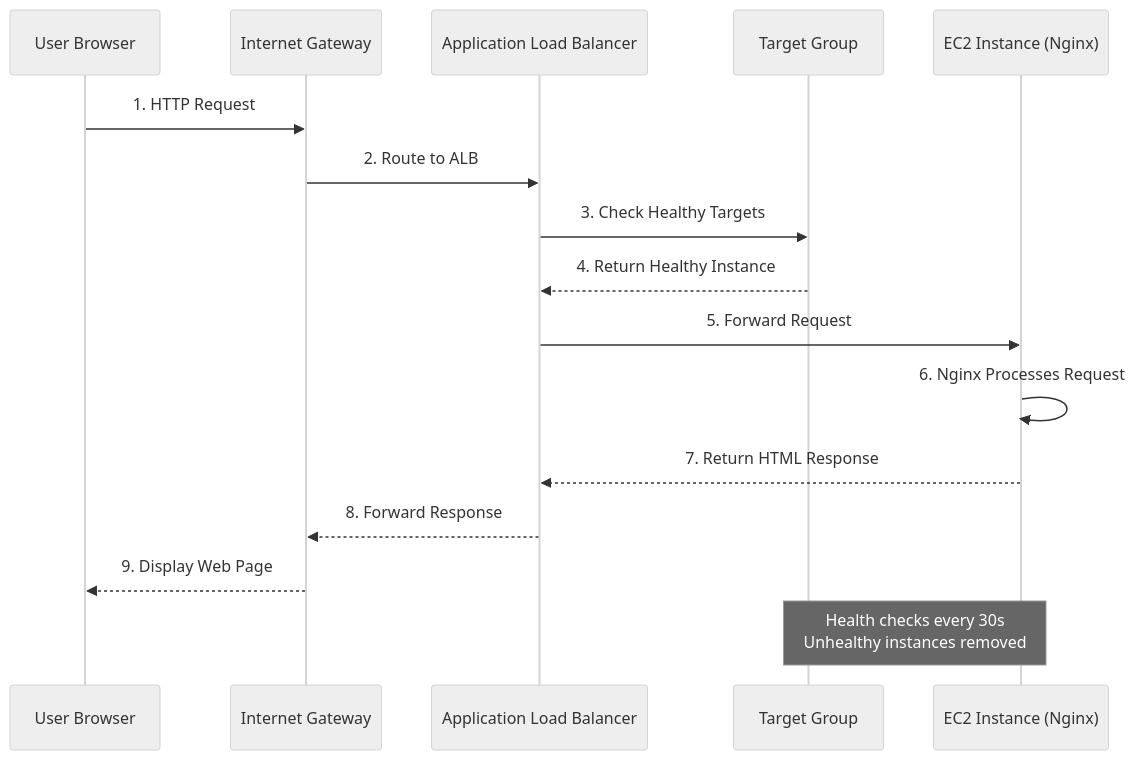
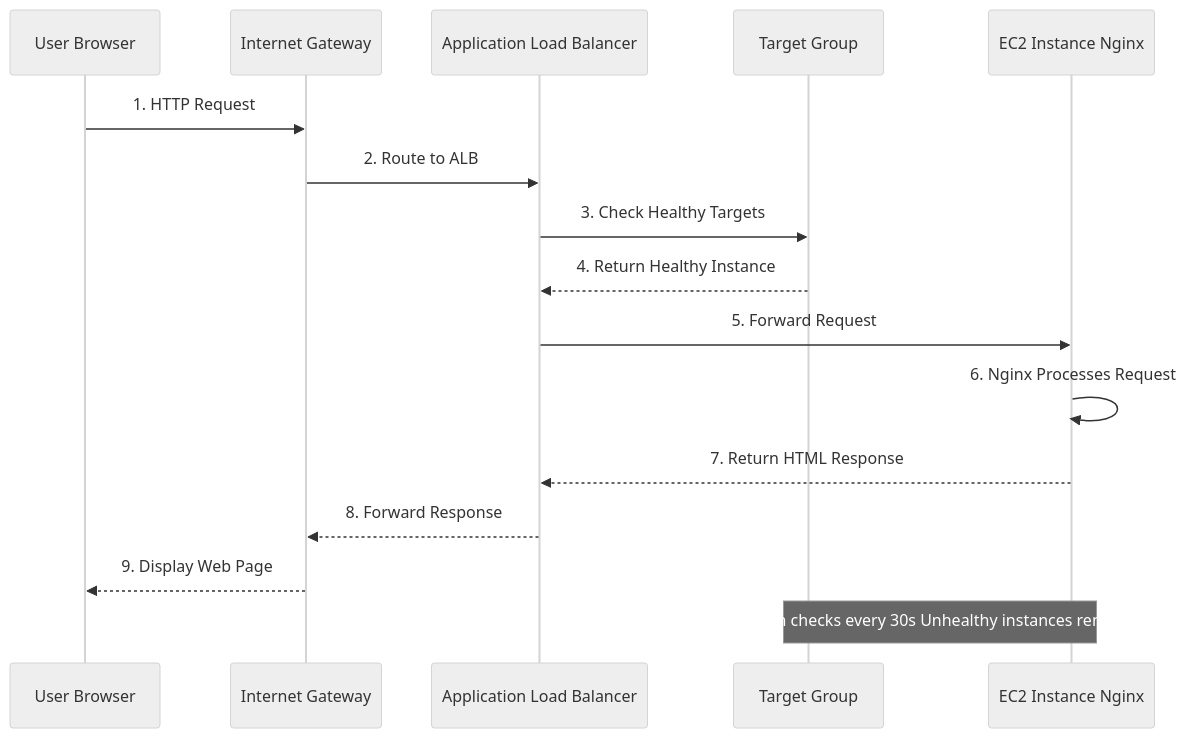
The second of 3 diagrams in deploy-asg/Deployment_Guide.md (damatechguy27/pulumi-python-projects), drawn with Mermaid (neutral theme) before and after one commit. The commit also changed other lines of this file and 9 other files, not shown here.

Commit message:
add new architecture project

````diff
--- a/deploy-asg/Deployment_Guide.md
+++ b/deploy-asg/Deployment_Guide.md
@@ -76,20 +73,20 @@
 ```mermaid
 sequenceDiagram
     participant User as User Browser
     participant IGW as Internet Gateway
     participant ALB as Application Load Balancer
     participant TG as Target Group
-    participant EC2 as EC2 Instance (Nginx)
+    participant EC2 as EC2 Instance Nginx
 
     User->>IGW: 1. HTTP Request
     IGW->>ALB: 2. Route to ALB
     ALB->>TG: 3. Check Healthy Targets
     TG-->>ALB: 4. Return Healthy Instance
     ALB->>EC2: 5. Forward Request
     EC2->>EC2: 6. Nginx Processes Request
     EC2-->>ALB: 7. Return HTML Response
     ALB-->>IGW: 8. Forward Response
     IGW-->>User: 9. Display Web Page
 
-    Note over TG,EC2: Health checks every 30s<br/>Unhealthy instances removed
+    Note over TG,EC2: Health checks every 30s Unhealthy instances removed
 ```
````
